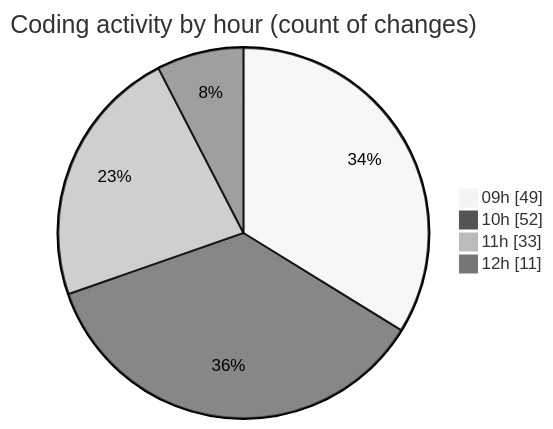
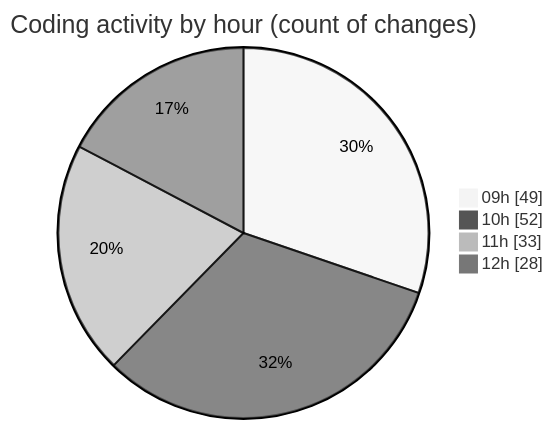
One commit to momahboobian/code-tracking changed the second of 2 diagrams in 2026-08-10/cda/README.md. Above: the diagram before and after it, drawn with Mermaid (neutral theme). The commit also changed other lines of this file and 1 other file, not shown here.

````diff
--- a/2026-08-10/cda/README.md
+++ b/2026-08-10/cda/README.md
@@ -44,8 +44,8 @@
 ```mermaid
 pie showData
 title Coding activity by hour (count of changes)
 "09h" : 49
 "10h" : 52
 "11h" : 33
-"12h" : 11
+"12h" : 28
 ```
````
